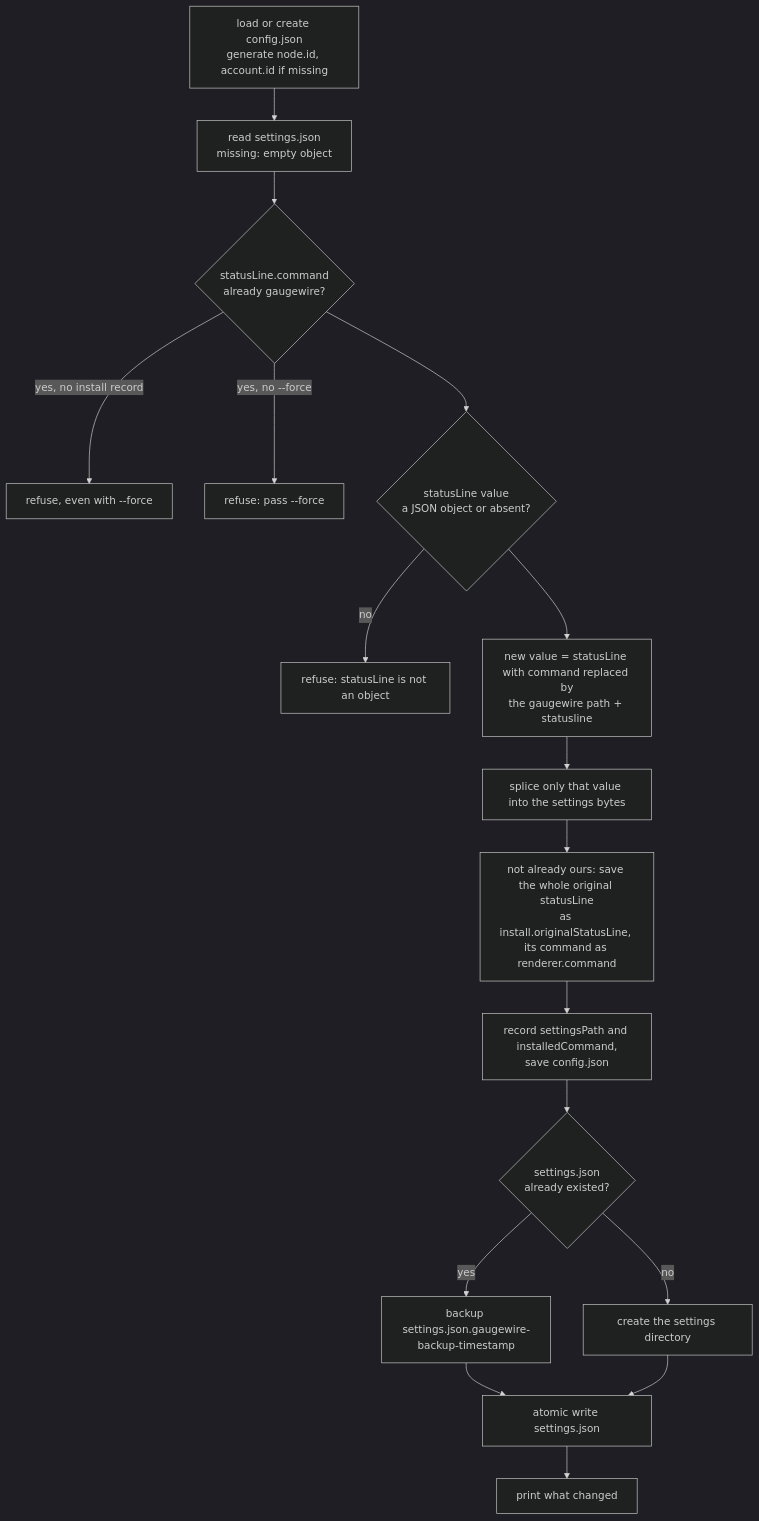
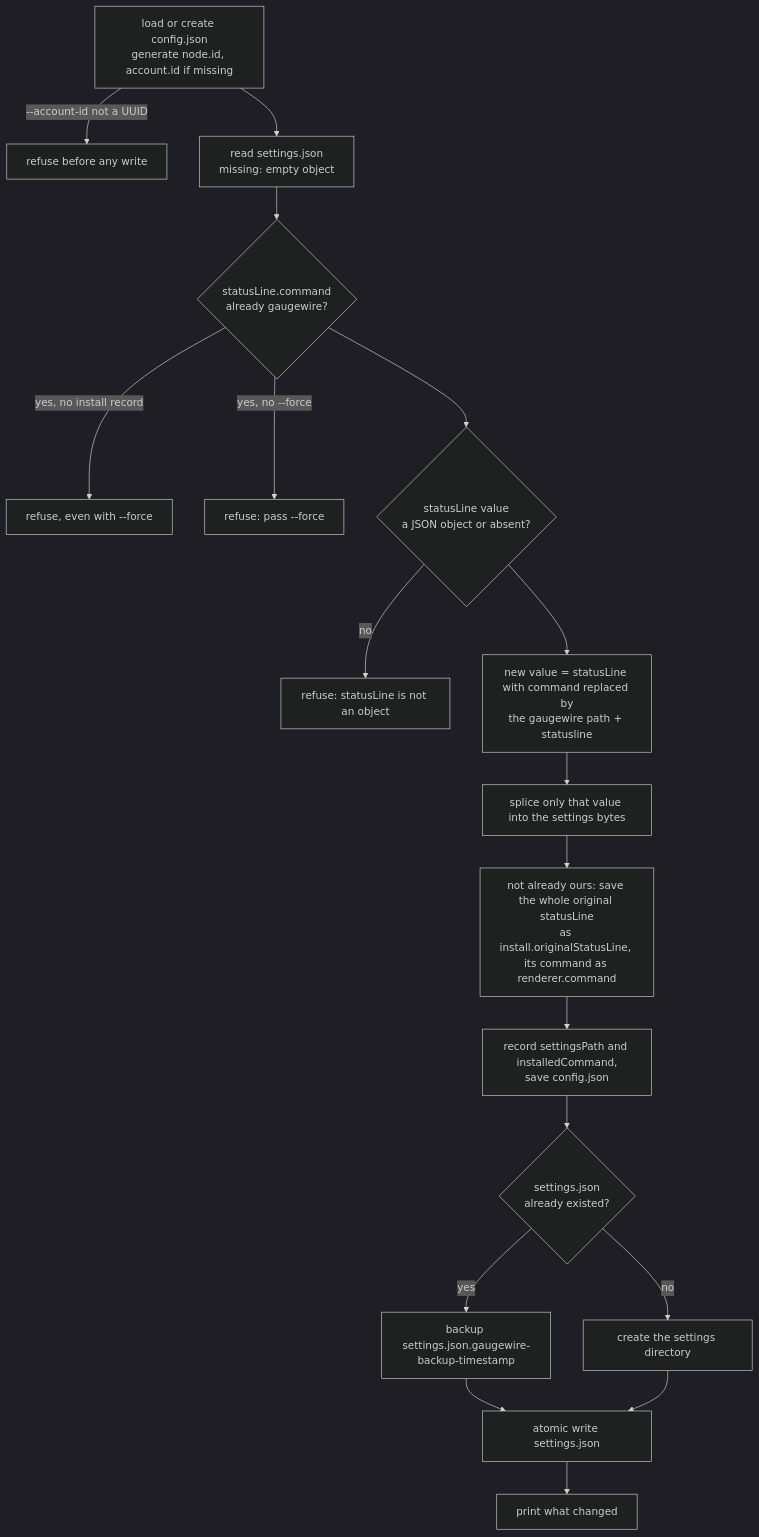
Before and after one commit to sulcer/gaugewire: the first of 2 diagrams in docs/spec/gaugewire/cli-and-install.md, drawn with Mermaid (dark theme). The commit also changed other lines of this file and 2 other files, not shown here.

Commit message:
test: cover joining a subscription with force and account id

````diff
--- a/docs/spec/gaugewire/cli-and-install.md
+++ b/docs/spec/gaugewire/cli-and-install.md
@@ -36,19 +36,20 @@
 ```mermaid
 flowchart TD
-    A[load or create config.json<br/>generate node.id, account.id if missing] --> B["read settings.json<br/>missing: empty object"]
+    A[load or create config.json<br/>generate node.id, account.id if missing] -->|--account-id not a UUID| X0[refuse before any write]
+    A --> B["read settings.json<br/>missing: empty object"]
     B --> C{"statusLine.command<br/>already gaugewire?"}
     C -->|yes, no install record| X1[refuse, even with --force]
     C -->|yes, no --force| X2[refuse: pass --force]
     C --> D{"statusLine value<br/>a JSON object or absent?"}
     D -->|no| X3[refuse: statusLine is not an object]
     D --> E["new value = statusLine with command replaced by<br/>the gaugewire path + statusline"]
     E --> F[splice only that value into the settings bytes]
     F --> G["not already ours: save the whole original statusLine<br/>as install.originalStatusLine, its command as renderer.command"]
     G --> H[record settingsPath and installedCommand,<br/>save config.json]
     H --> I{"settings.json<br/>already existed?"}
     I -->|yes| J[backup settings.json.gaugewire-backup-timestamp]
     I -->|no| K[create the settings directory]
     J --> L[atomic write settings.json]
     K --> L
     L --> M[print what changed]
 ```
````
